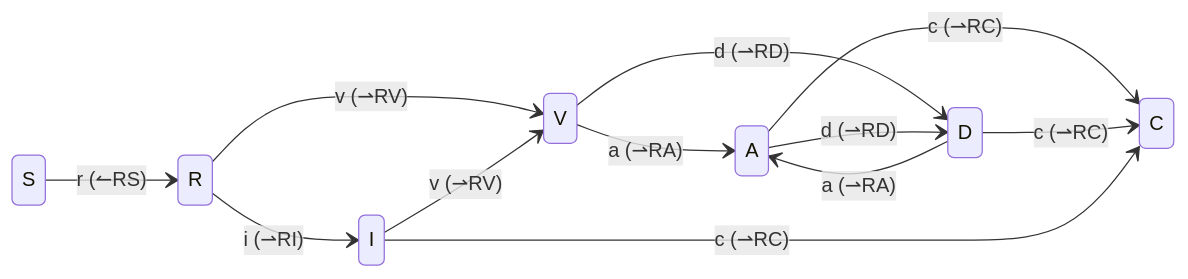
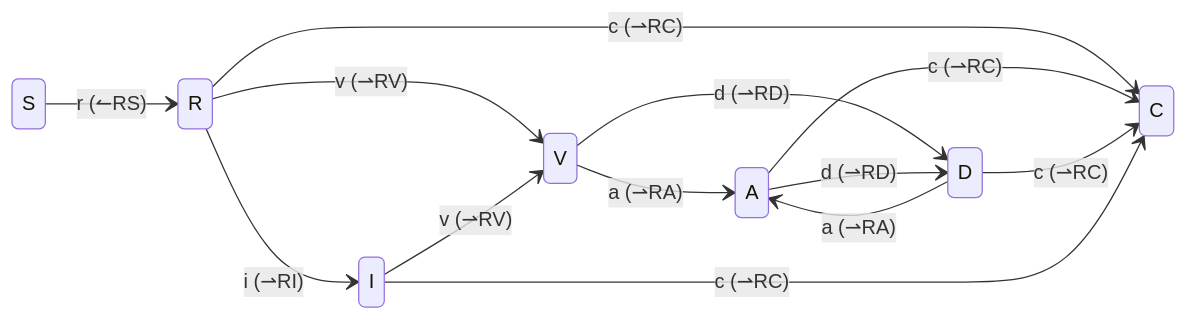
One commit to CERTCC/Vultron changed the first of 4 diagrams in docs/reference/formal_protocol/conclusion.md. Above: the diagram before and after it, drawn with Mermaid. The commit also changed 40 other files, not shown here.

````diff
--- a/docs/reference/formal_protocol/conclusion.md
+++ b/docs/reference/formal_protocol/conclusion.md
@@ -61,15 +61,16 @@
 ```mermaid
 stateDiagram-v2
     direction LR
     S --> R : r (#8636;RS)
     R --> I: i (#8640;RI)
     R --> V : v (#8640;RV)
     I --> V : v (#8640;RV)
     V --> A : a (#8640;RA)
     V --> D : d (#8640;RD)
     A --> D : d (#8640;RD)
     D --> A : a (#8640;RA)
+    R --> C : c (#8640;RC)
     A --> C : c (#8640;RC)
     D --> C : c (#8640;RC)
     I --> C : c (#8640;RC)
 ```
````
